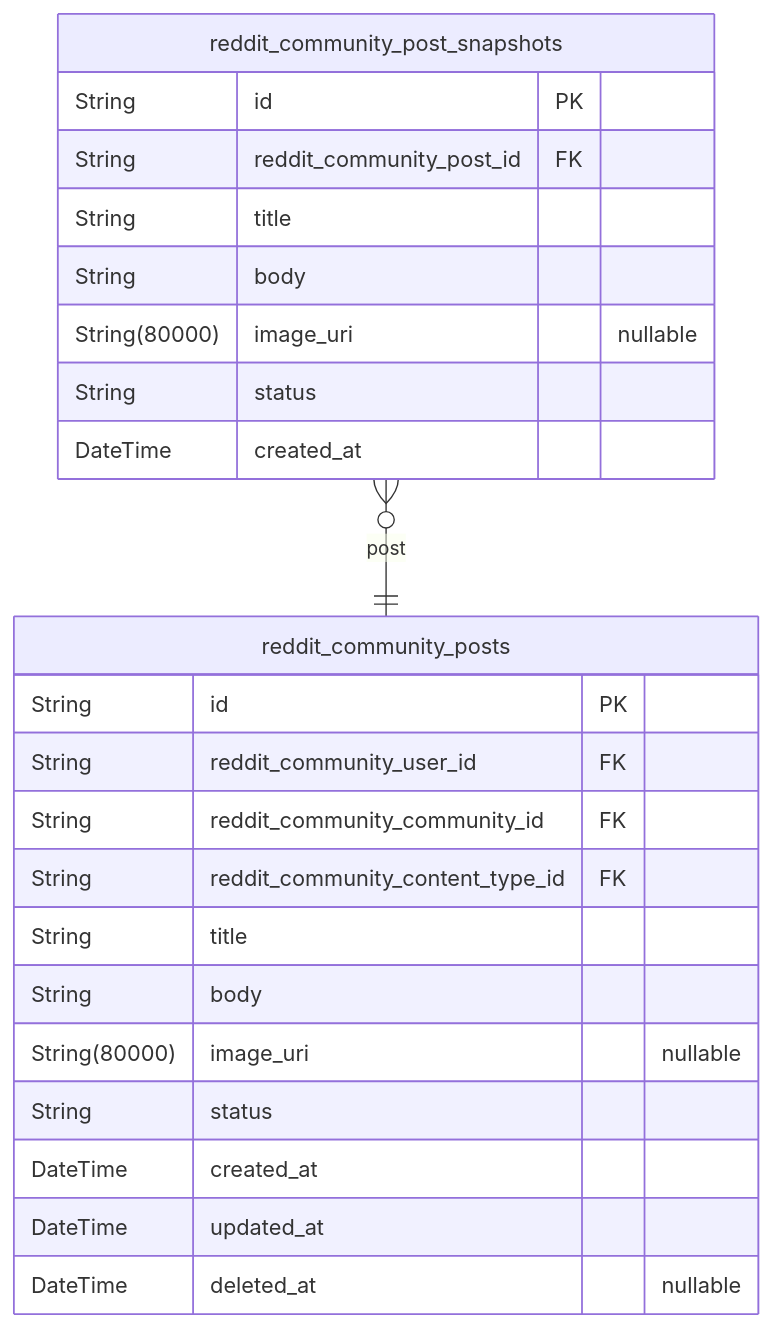
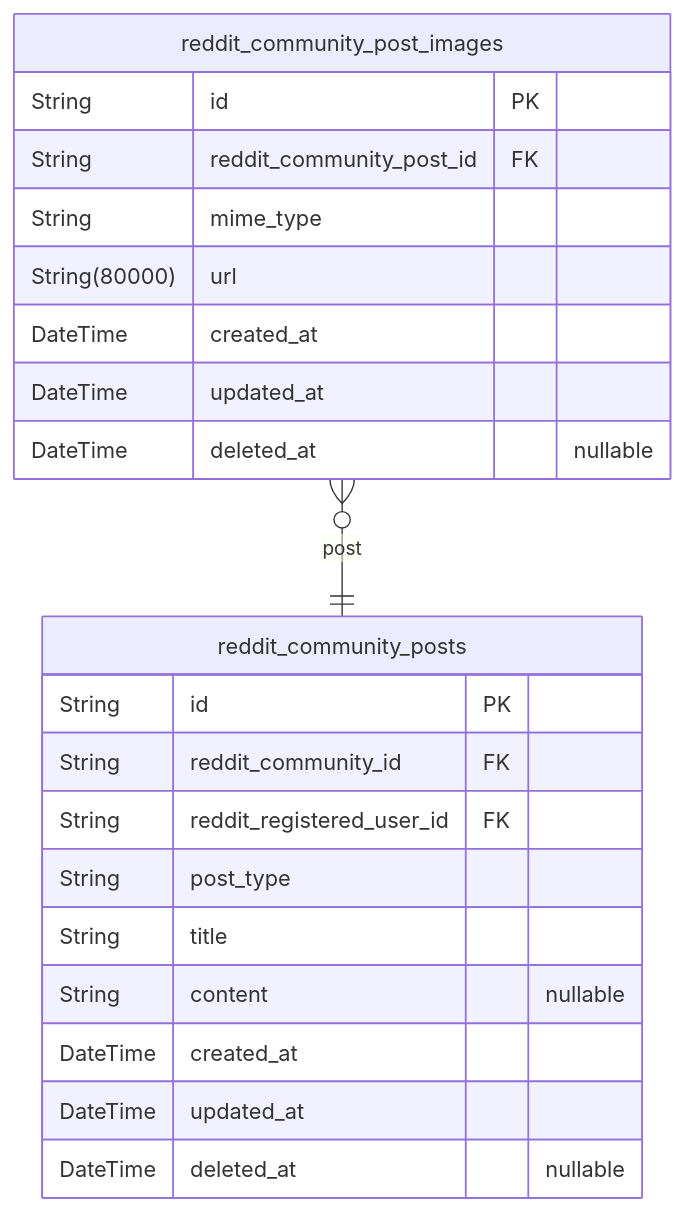
Before and after one commit to wrtnlabs/autobe-examples: the fourth of 9 diagrams in openai/gpt-4.1-mini/reddit/docs/ERD.md, drawn with Mermaid. The commit also changed other lines of this file and 22498 other files, not shown here.

````diff
--- a/openai/gpt-4.1-mini/reddit/docs/ERD.md
+++ b/openai/gpt-4.1-mini/reddit/docs/ERD.md
@@ -345,26 +335,24 @@
 ```mermaid
 erDiagram
 "reddit_community_posts" {
   String id PK
-  String reddit_community_user_id FK
-  String reddit_community_community_id FK
-  String reddit_community_content_type_id FK
+  String reddit_community_id FK
+  String reddit_registered_user_id FK
+  String post_type
   String title
-  String body
-  String(80000) image_uri "nullable"
-  String status
+  String content "nullable"
   DateTime created_at
   DateTime updated_at
   DateTime deleted_at "nullable"
 }
-"reddit_community_post_snapshots" {
+"reddit_community_post_images" {
   String id PK
   String reddit_community_post_id FK
-  String title
-  String body
-  String(80000) image_uri "nullable"
-  String status
+  String mime_type
+  String(80000) url
   DateTime created_at
+  DateTime updated_at
+  DateTime deleted_at "nullable"
 }
-"reddit_community_post_snapshots" }o--|| "reddit_community_posts" : post
+"reddit_community_post_images" }o--|| "reddit_community_posts" : post
 ```
````
